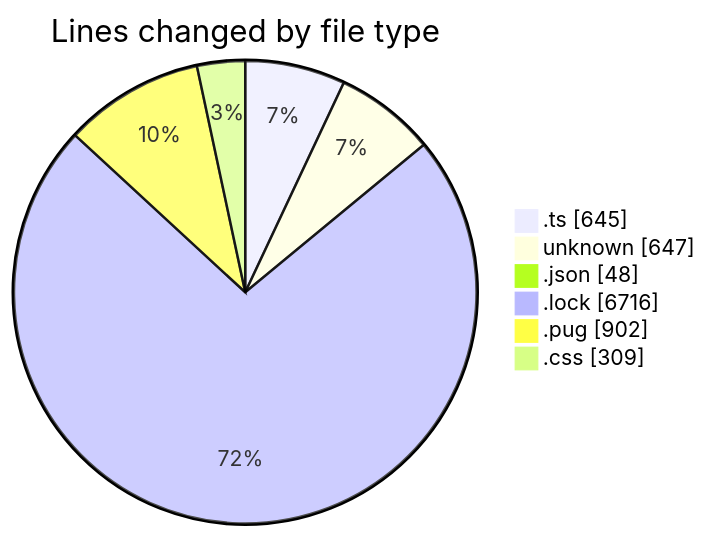
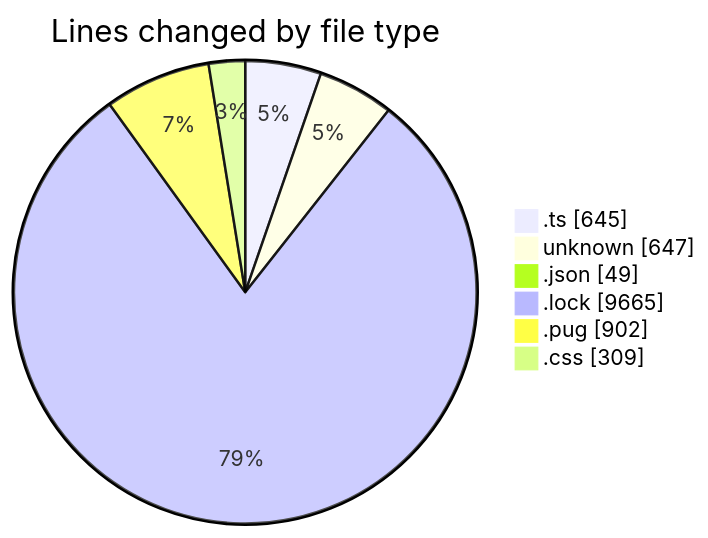
Before and after one commit to momahboobian/code-tracking: the first of 2 diagrams in 2026-05-22/cda/README.md, drawn with Mermaid. The commit also changed other lines of this file and 1 other file, not shown here.

````diff
--- a/2026-05-22/cda/README.md
+++ b/2026-05-22/cda/README.md
@@ -33,10 +35,10 @@
 ```mermaid
 pie showData
 title Lines changed by file type
 ".ts" : 645
 "unknown" : 647
-".json" : 48
-".lock" : 6716
+".json" : 49
+".lock" : 9665
 ".pug" : 902
 ".css" : 309
 ```
````
